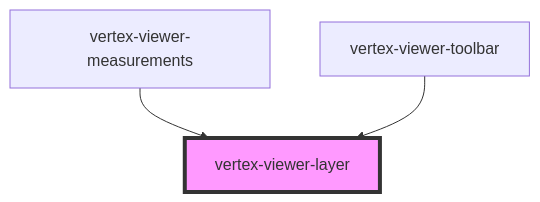
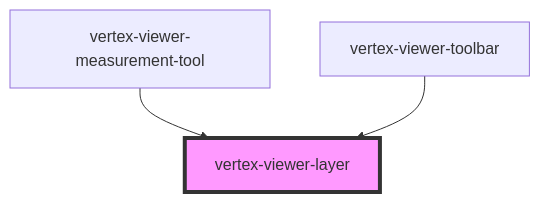
One commit to Vertexvis/vertex-web-sdk changed the diagram in packages/viewer/src/components/viewer-layer/readme.md. Above: the diagram before and after it, drawn with Mermaid. The commit also changed other lines of this file and 18 other files, not shown here.

````diff
--- a/packages/viewer/src/components/viewer-layer/readme.md
+++ b/packages/viewer/src/components/viewer-layer/readme.md
@@ -50,6 +50,6 @@
 ```mermaid
 graph TD;
-  vertex-viewer-measurements --> vertex-viewer-layer
+  vertex-viewer-measurement-tool --> vertex-viewer-layer
   vertex-viewer-toolbar --> vertex-viewer-layer
   style vertex-viewer-layer fill:#f9f,stroke:#333,stroke-width:4px
 ```
````
